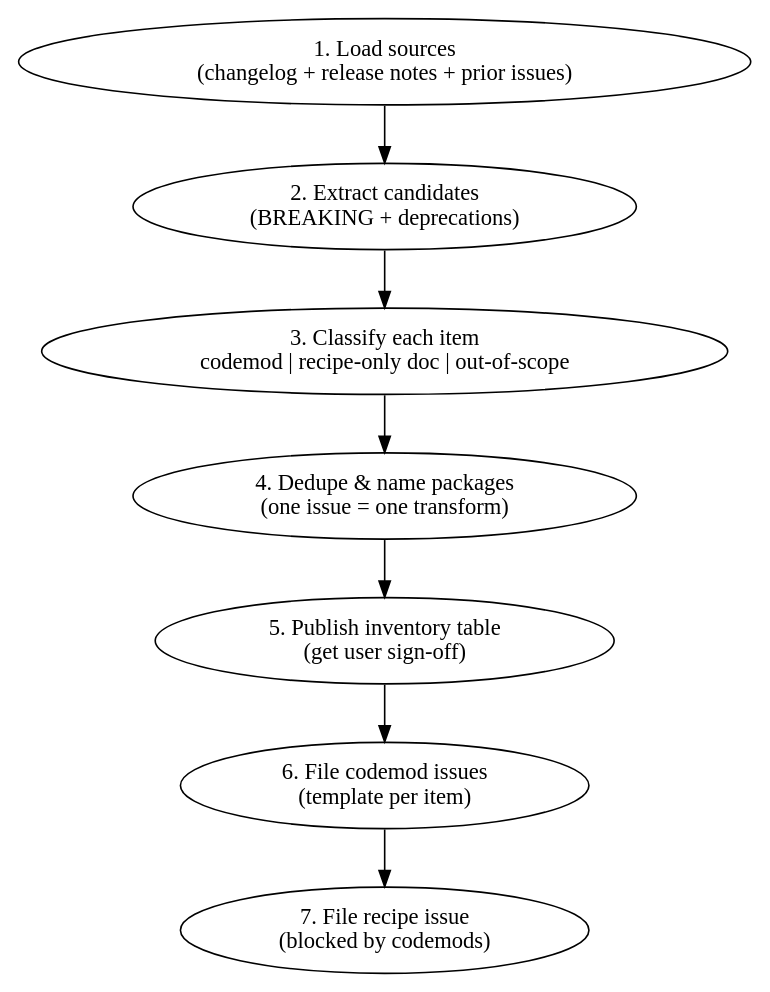
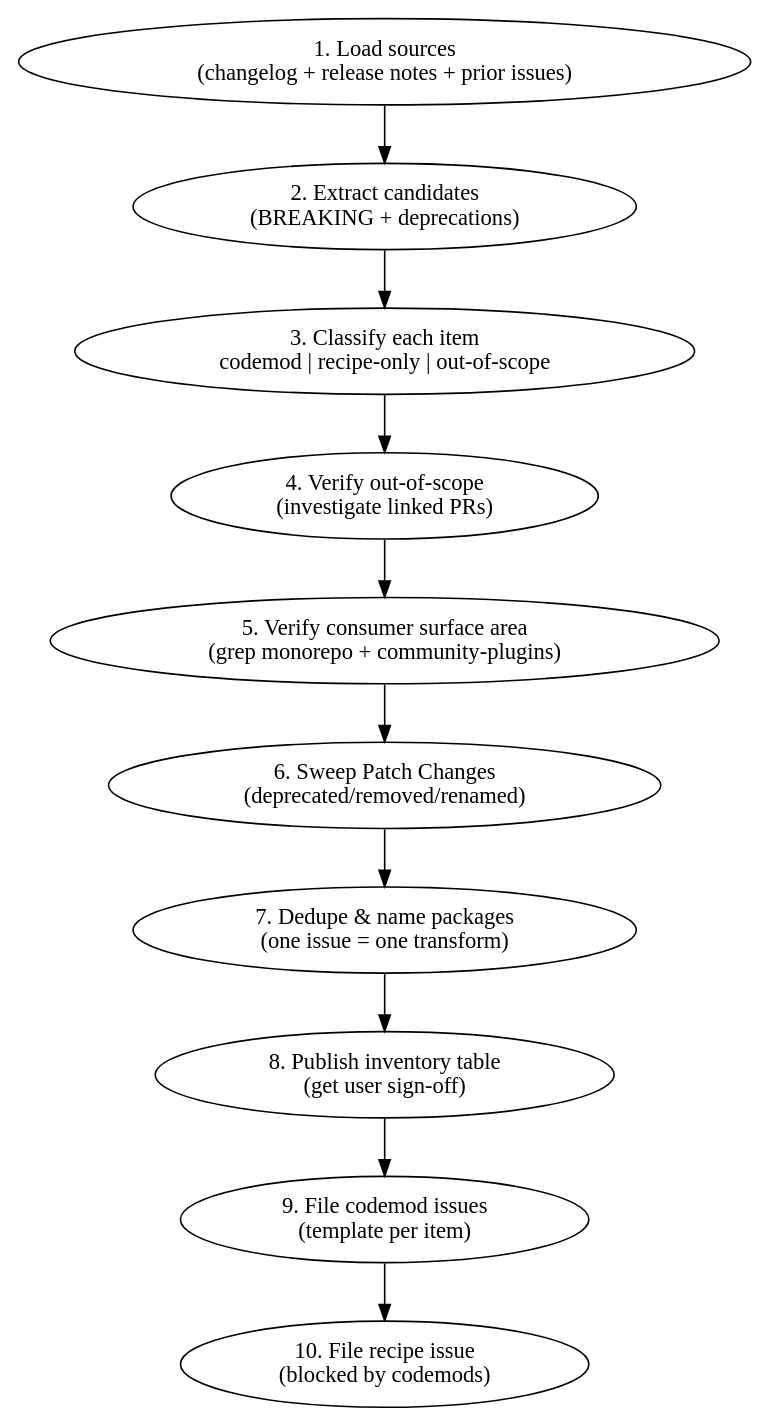
One commit to backstage/codemods changed the diagram in .agents/skills/backstage-codemod-issue-research/SKILL.md. Above: the diagram before and after it, drawn with Graphviz. The commit also changed other lines of this file and 2 other files, not shown here.

First line of the commit message:
feat: improve backstage-codemod-issue-research skill

````diff
--- a/.agents/skills/backstage-codemod-issue-research/SKILL.md
+++ b/.agents/skills/backstage-codemod-issue-research/SKILL.md
@@ -46,13 +46,16 @@
 ```dot
 digraph research {
   rankdir=TB;
   sources [label="1. Load sources\n(changelog + release notes + prior issues)"];
   scan [label="2. Extract candidates\n(BREAKING + deprecations)"];
-  classify [label="3. Classify each item\ncodemod | recipe-only doc | out-of-scope"];
-  dedupe [label="4. Dedupe & name packages\n(one issue = one transform)"];
-  inventory [label="5. Publish inventory table\n(get user sign-off)"];
-  issues [label="6. File codemod issues\n(template per item)"];
-  recipe [label="7. File recipe issue\n(blocked by codemods)"];
-  sources -> scan -> classify -> dedupe -> inventory -> issues -> recipe;
+  classify [label="3. Classify each item\ncodemod | recipe-only | out-of-scope"];
+  verify_pr [label="4. Verify out-of-scope\n(investigate linked PRs)"];
+  verify_surface [label="5. Verify consumer surface area\n(grep monorepo + community-plugins)"];
+  sweep [label="6. Sweep Patch Changes\n(deprecated/removed/renamed)"];
+  dedupe [label="7. Dedupe & name packages\n(one issue = one transform)"];
+  inventory [label="8. Publish inventory table\n(get user sign-off)"];
+  issues [label="9. File codemod issues\n(template per item)"];
+  recipe [label="10. File recipe issue\n(blocked by codemods)"];
+  sources -> scan -> classify -> verify_pr -> verify_surface -> sweep -> dedupe -> inventory -> issues -> recipe;
 }
 ```
````
